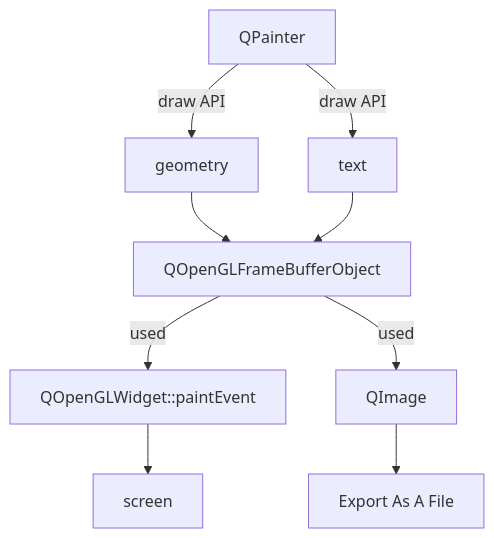
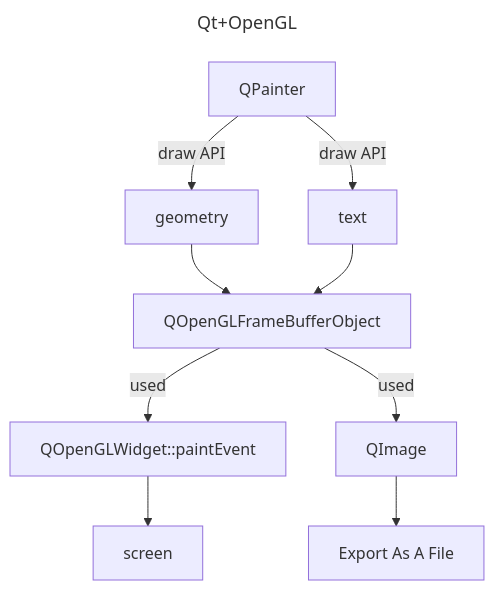
One commit to w0lek/ezgl changed the sixth of 7 diagrams in doc/qtport.md. Above: the diagram before and after it, drawn with Mermaid. The commit also changed other lines of this file, not shown here.

````diff
--- a/doc/qtport.md
+++ b/doc/qtport.md
@@ -200,20 +264,23 @@
 ```mermaid
+---
+title: Qt+OpenGL
+---
 flowchart TD
   qpainter[QPainter]
   text
   geometry
   qimage[QImage]
   qfbo[QOpenGLFrameBufferObject]
   qglwidget[QOpenGLWidget::paintEvent]
   
   qpainter -->|draw API| geometry
   qpainter -->|draw API| text
   
   geometry --> qfbo
   text --> qfbo
   
   qfbo -->|used| qglwidget  
   qfbo -->|used| qimage
   qimage --> export[Export As A File]
   qglwidget --> screen
  ```
````
